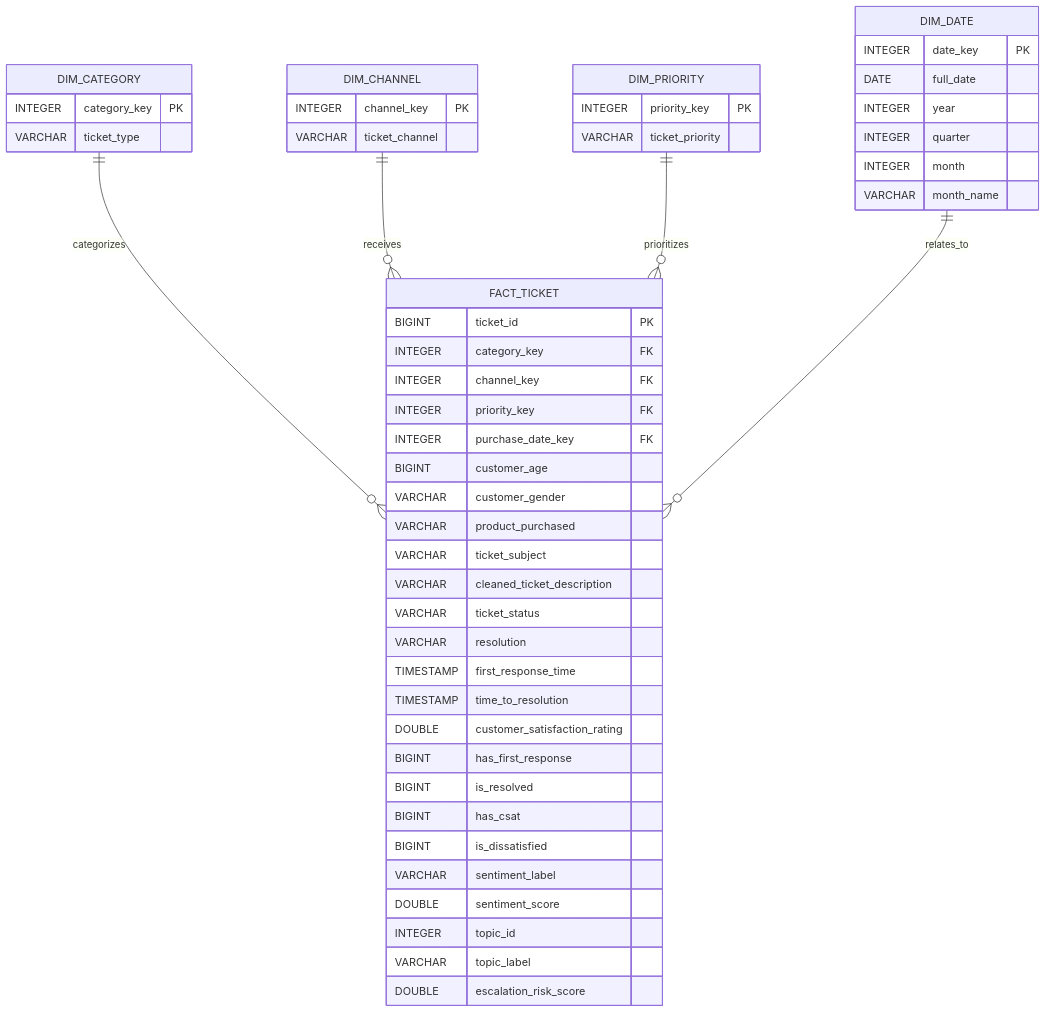
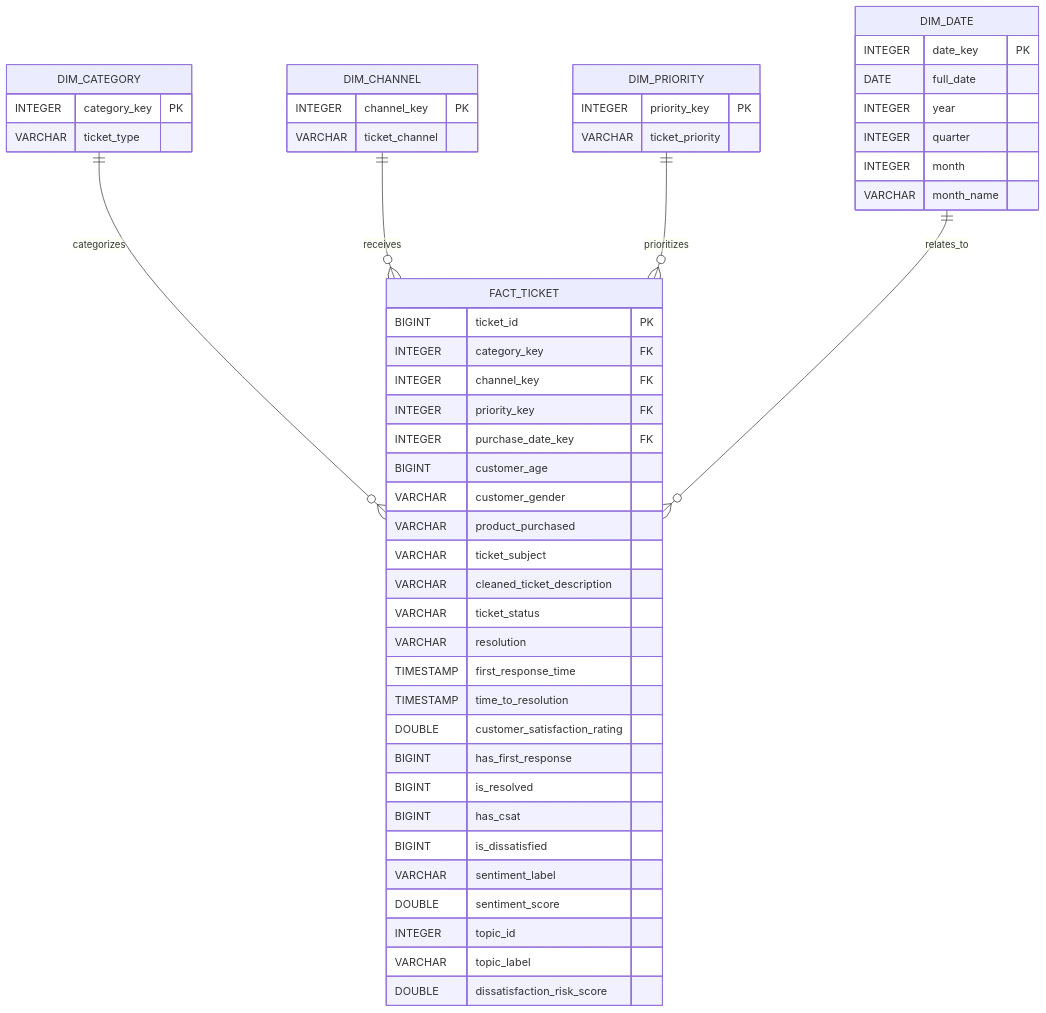
The diagram in docs/schema_diagram.md (roshitha-nair/ai-customer-support-analytics), drawn with Mermaid before and after one commit. The commit also changed 4 other files, not shown here.

````diff
--- a/docs/schema_diagram.md
+++ b/docs/schema_diagram.md
@@ -3,58 +3,58 @@
 ```mermaid
 erDiagram
     DIM_CATEGORY ||--o{ FACT_TICKET : categorizes
     DIM_CHANNEL ||--o{ FACT_TICKET : receives
     DIM_PRIORITY ||--o{ FACT_TICKET : prioritizes
     DIM_DATE ||--o{ FACT_TICKET : relates_to
 
     DIM_CATEGORY {
         INTEGER category_key PK
         VARCHAR ticket_type
     }
 
     DIM_CHANNEL {
         INTEGER channel_key PK
         VARCHAR ticket_channel
     }
 
     DIM_PRIORITY {
         INTEGER priority_key PK
         VARCHAR ticket_priority
     }
 
     DIM_DATE {
         INTEGER date_key PK
         DATE full_date
         INTEGER year
         INTEGER quarter
         INTEGER month
         VARCHAR month_name
     }
 
     FACT_TICKET {
         BIGINT ticket_id PK
         INTEGER category_key FK
         INTEGER channel_key FK
         INTEGER priority_key FK
         INTEGER purchase_date_key FK
         BIGINT customer_age
         VARCHAR customer_gender
         VARCHAR product_purchased
         VARCHAR ticket_subject
         VARCHAR cleaned_ticket_description
         VARCHAR ticket_status
         VARCHAR resolution
         TIMESTAMP first_response_time
         TIMESTAMP time_to_resolution
         DOUBLE customer_satisfaction_rating
         BIGINT has_first_response
         BIGINT is_resolved
         BIGINT has_csat
         BIGINT is_dissatisfied
         VARCHAR sentiment_label
         DOUBLE sentiment_score
         INTEGER topic_id
         VARCHAR topic_label
-        DOUBLE escalation_risk_score
+        DOUBLE dissatisfaction_risk_score
     }
 ```
````
